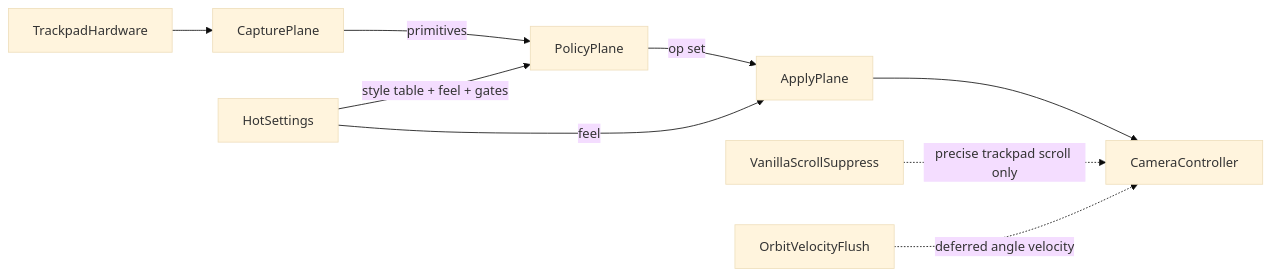
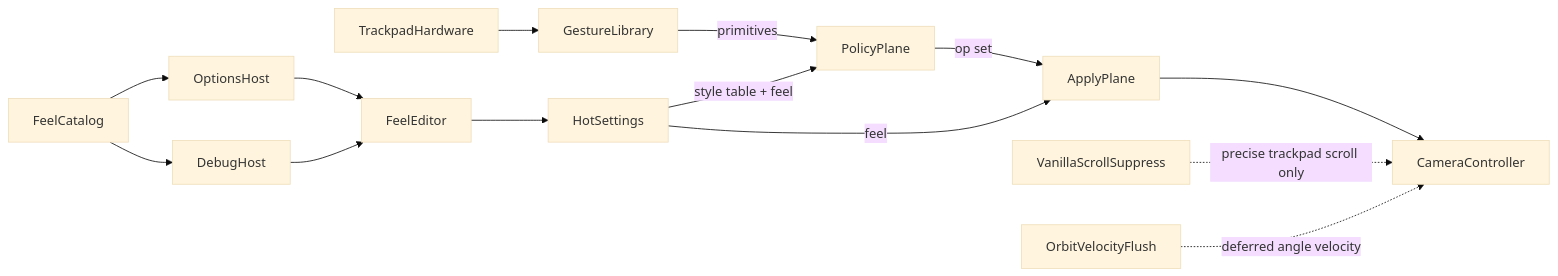
One commit to betsalel-williamson/CSL-TrackpadCameraControl changed the diagram in rewrite/docs/features/system-architecture.md. Above: the diagram before and after it, drawn with Mermaid (base theme). The commit also changed other lines of this file and 150 other files, not shown here.

````diff
--- a/rewrite/docs/features/system-architecture.md
+++ b/rewrite/docs/features/system-architecture.md
@@ -21,20 +31,29 @@
 ```mermaid
 flowchart LR
   trackpad[TrackpadHardware]
-  capture[CapturePlane]
+  library[GestureLibrary]
   policy[PolicyPlane]
   apply[ApplyPlane]
+  catalog[FeelCatalog]
+  editor[FeelEditor]
+  optionsHost[OptionsHost]
+  debugHost[DebugHost]
   settings[HotSettings]
   suppress[VanillaScrollSuppress]
   orbitFlush[OrbitVelocityFlush]
   cam[CameraController]
 
-  trackpad --> capture
-  capture -->|"primitives"| policy
-  settings -->|"style table + feel + gates"| policy
+  trackpad --> library
+  library -->|"primitives"| policy
+  settings -->|"style table + feel"| policy
   settings -->|"feel"| apply
+  catalog --> optionsHost
+  catalog --> debugHost
+  editor --> settings
+  optionsHost --> editor
+  debugHost --> editor
   policy -->|"op set"| apply
   apply --> cam
   suppress -.->|"precise trackpad scroll only"| cam
   orbitFlush -.->|"deferred angle velocity"| cam
 ```
````
